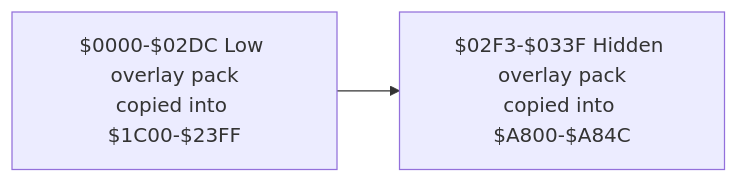
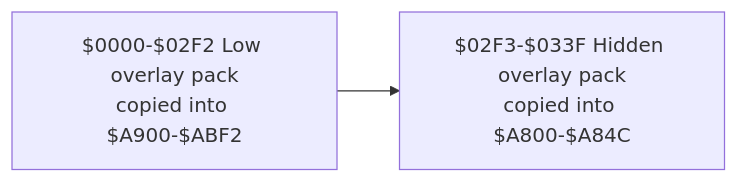
The third of 8 diagrams in src/apps/readybasic/READYBASIC_LIFECYCLE_AND_REU_ARCHITECTURE.md (123Onetwothree123/6502), drawn with Mermaid before and after one commit. The commit also changed other lines of this file and 9 other files, not shown here.

````diff
--- a/src/apps/readybasic/READYBASIC_LIFECYCLE_AND_REU_ARCHITECTURE.md
+++ b/src/apps/readybasic/READYBASIC_LIFECYCLE_AND_REU_ARCHITECTURE.md
@@ -174,6 +176,6 @@
 ```mermaid
 flowchart LR
-  LP["$0000-$02DC Low overlay pack<br/>copied into $1C00-$23FF"]
+  LP["$0000-$02F2 Low overlay pack<br/>copied into $A900-$ABF2"]
   HP["$02F3-$033F Hidden overlay pack<br/>copied into $A800-$A84C"]
   LP --> HP
 ```
````
